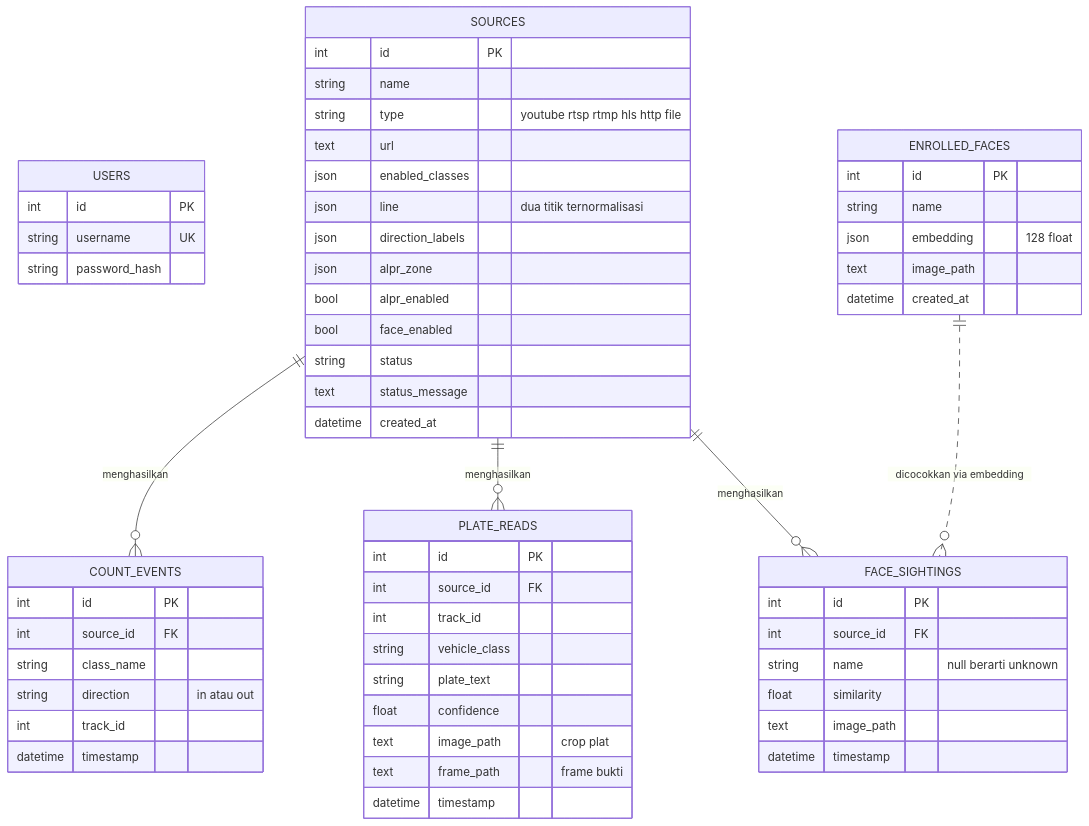
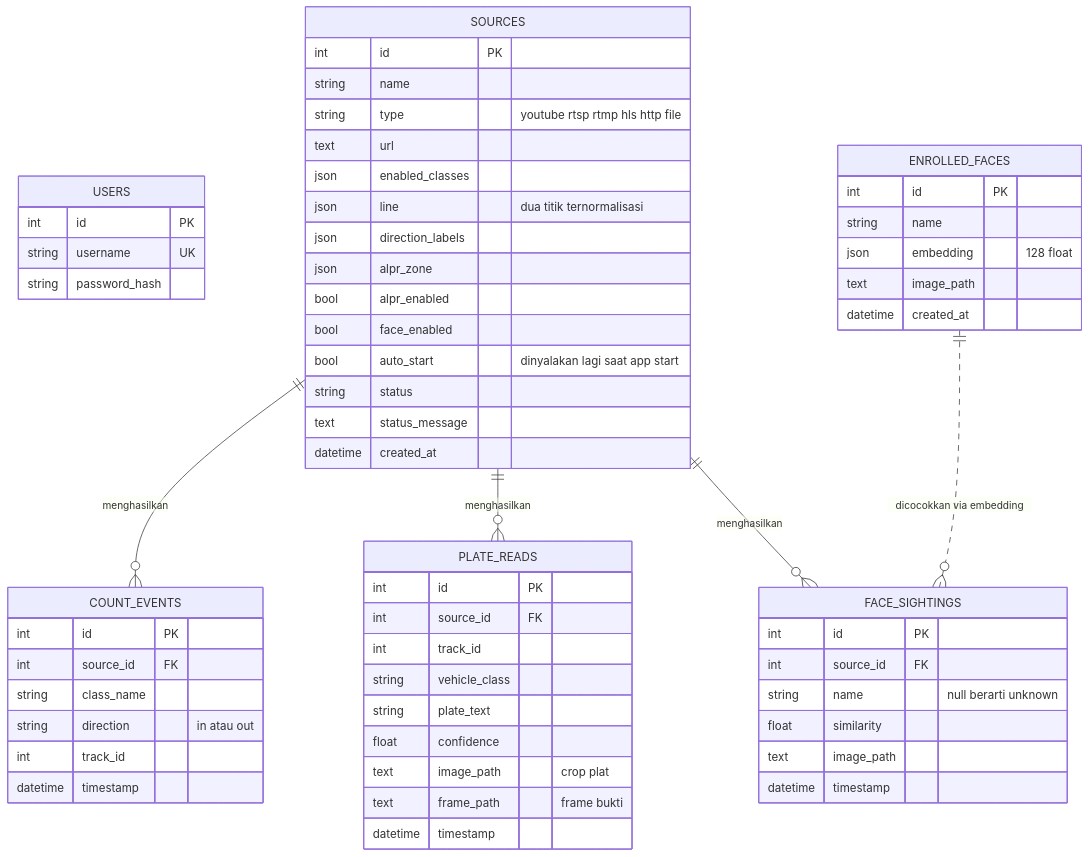
One commit to andiyulistyo/cctv-forall changed the fifth of 9 diagrams in docs/ARCHITECTURE.md. Above: the diagram before and after it, drawn with Mermaid. The commit also changed 14 other files, not shown here.

````diff
--- a/docs/ARCHITECTURE.md
+++ b/docs/ARCHITECTURE.md
@@ -250,62 +250,63 @@
 ```mermaid
 erDiagram
     USERS {
         int id PK
         string username UK
         string password_hash
     }
     SOURCES {
         int id PK
         string name
         string type "youtube rtsp rtmp hls http file"
         text url
         json enabled_classes
         json line "dua titik ternormalisasi"
         json direction_labels
         json alpr_zone
         bool alpr_enabled
         bool face_enabled
+        bool auto_start "dinyalakan lagi saat app start"
         string status
         text status_message
         datetime created_at
     }
     COUNT_EVENTS {
         int id PK
         int source_id FK
         string class_name
         string direction "in atau out"
         int track_id
         datetime timestamp
     }
     PLATE_READS {
         int id PK
         int source_id FK
         int track_id
         string vehicle_class
         string plate_text
         float confidence
         text image_path "crop plat"
         text frame_path "frame bukti"
         datetime timestamp
     }
     ENROLLED_FACES {
         int id PK
         string name
         json embedding "128 float"
         text image_path
         datetime created_at
     }
     FACE_SIGHTINGS {
         int id PK
         int source_id FK
         string name "null berarti unknown"
         float similarity
         text image_path
         datetime timestamp
     }
 
     SOURCES ||--o{ COUNT_EVENTS : menghasilkan
     SOURCES ||--o{ PLATE_READS : menghasilkan
     SOURCES ||--o{ FACE_SIGHTINGS : menghasilkan
     ENROLLED_FACES ||..o{ FACE_SIGHTINGS : "dicocokkan via embedding"
 ```
````
